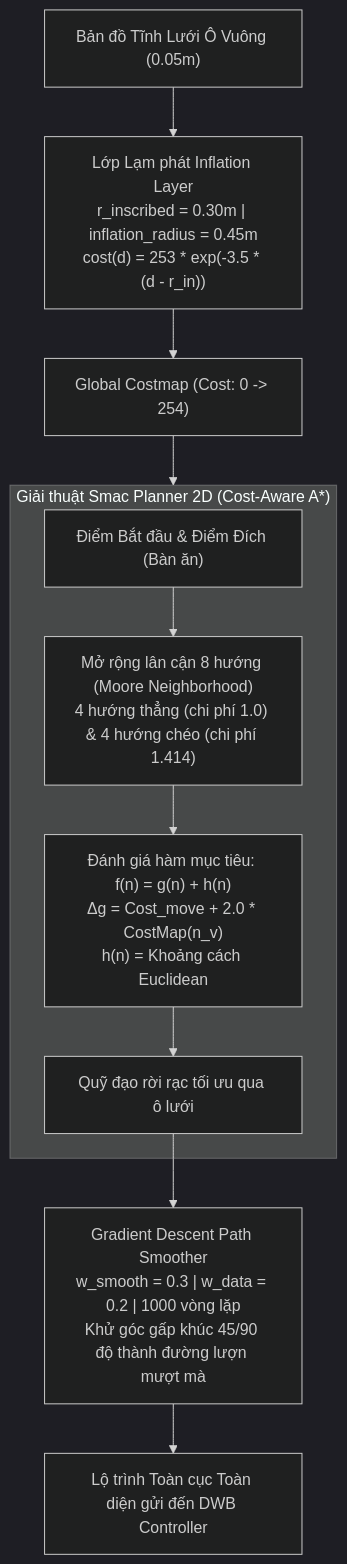
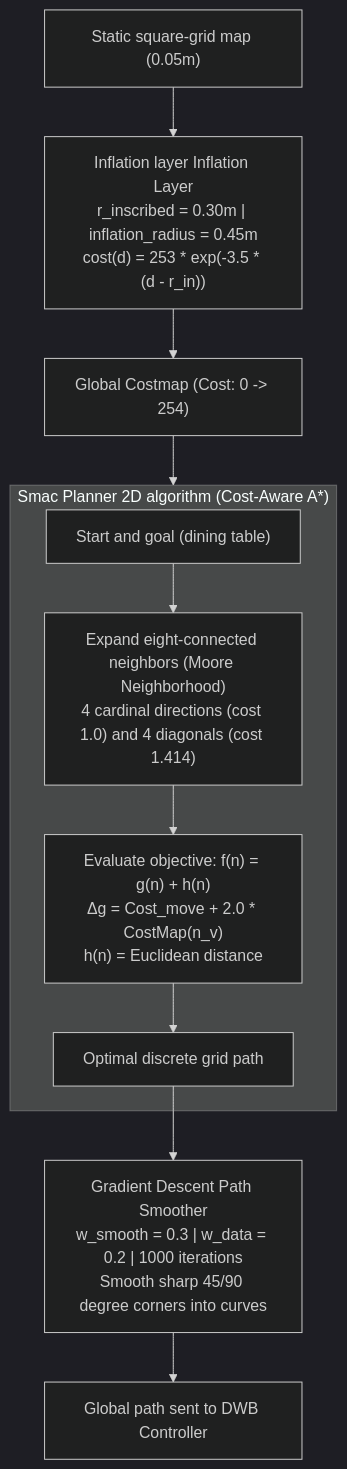
The third of 4 diagrams in docs/AMR_ALGORITHM.md (dquang05/capstone_ros2), drawn with Mermaid (dark theme) before and after one commit. The commit also changed other lines of this file and 7 other files, not shown here.

````diff
--- a/docs/AMR_ALGORITHM.md
+++ b/docs/AMR_ALGORITHM.md
@@ -152,15 +152,15 @@
 ```mermaid
 graph TD
-    StaticMapGrid["Bản đồ Tĩnh Lưới Ô Vuông (0.05m)"] --> InflationLayer["Lớp Lạm phát Inflation Layer<br/>r_inscribed = 0.30m | inflation_radius = 0.45m<br/>cost(d) = 253 * exp(-3.5 * (d - r_in))"]
+    StaticMapGrid["Static square-grid map (0.05m)"] --> InflationLayer["Inflation layer Inflation Layer<br/>r_inscribed = 0.30m | inflation_radius = 0.45m<br/>cost(d) = 253 * exp(-3.5 * (d - r_in))"]
     InflationLayer --> GlobalCostmap["Global Costmap (Cost: 0 -> 254)"]
-    
-    subgraph SmacSearch ["Giải thuật Smac Planner 2D (Cost-Aware A*)"]
-        StartGoal["Điểm Bắt đầu & Điểm Đích (Bàn ăn)"] --> MooreNeighborhood["Mở rộng lân cận 8 hướng (Moore Neighborhood)<br/>4 hướng thẳng (chi phí 1.0) & 4 hướng chéo (chi phí 1.414)"]
-        MooreNeighborhood --> HeuristicEval["Đánh giá hàm mục tiêu: f(n) = g(n) + h(n)<br/>Δg = Cost_move + 2.0 * CostMap(n_v)<br/>h(n) = Khoảng cách Euclidean"]
-        HeuristicEval --> OptimalPath["Quỹ đạo rời rạc tối ưu qua ô lưới"]
+
+    subgraph SmacSearch ["Smac Planner 2D algorithm (Cost-Aware A*)"]
+        StartGoal["Start and goal (dining table)"] --> MooreNeighborhood["Expand eight-connected neighbors (Moore Neighborhood)<br/>4 cardinal directions (cost 1.0) and 4 diagonals (cost 1.414)"]
+        MooreNeighborhood --> HeuristicEval["Evaluate objective: f(n) = g(n) + h(n)<br/>Δg = Cost_move + 2.0 * CostMap(n_v)<br/>h(n) = Euclidean distance"]
+        HeuristicEval --> OptimalPath["Optimal discrete grid path"]
     end
-    
+
     GlobalCostmap --> SmacSearch
-    OptimalPath --> GradientSmoother["Gradient Descent Path Smoother<br/>w_smooth = 0.3 | w_data = 0.2 | 1000 vòng lặp<br/>Khử góc gấp khúc 45/90 độ thành đường lượn mượt mà"]
-    GradientSmoother --> Nav2Path["Lộ trình Toàn cục Toàn diện gửi đến DWB Controller"]
+    OptimalPath --> GradientSmoother["Gradient Descent Path Smoother<br/>w_smooth = 0.3 | w_data = 0.2 | 1000 iterations<br/>Smooth sharp 45/90 degree corners into curves"]
+    GradientSmoother --> Nav2Path["Global path sent to DWB Controller"]
 ```
````
